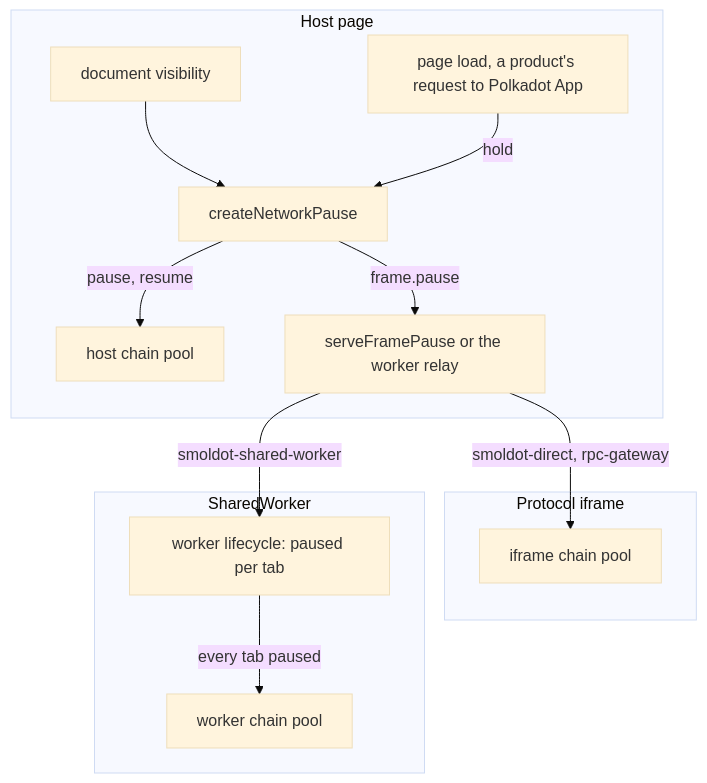
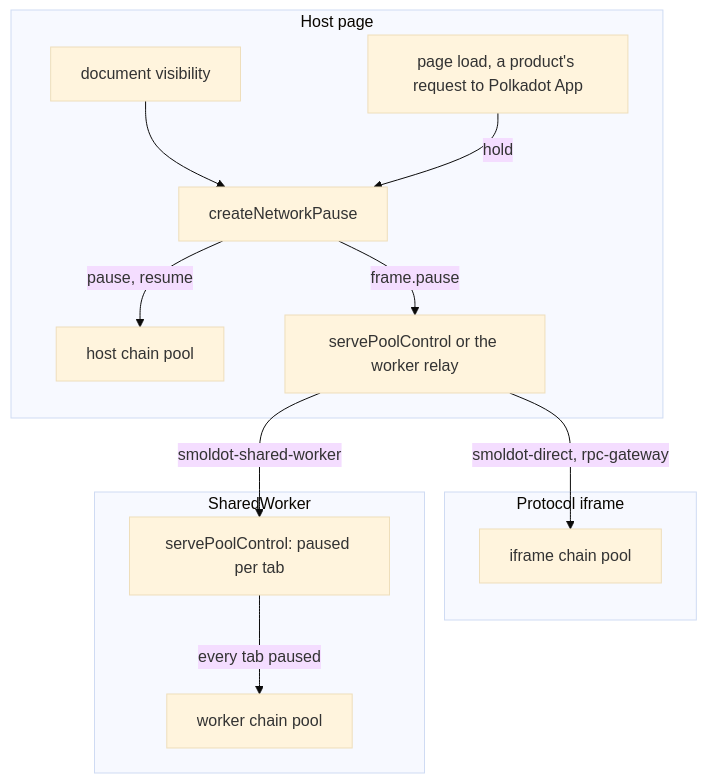
The fourth of 8 diagrams in docs/chain-connections.md (paritytech/dotli-community), drawn with Mermaid (base theme) before and after one commit. The commit also changed other lines of this file and 425 other files, not shown here.

````diff
--- a/docs/chain-connections.md
+++ b/docs/chain-connections.md
@@ -224,17 +230,17 @@
 ```mermaid
 flowchart TB
   subgraph Host["Host page"]
     V["document visibility"] --> NP["createNetworkPause"]
     H["page load, a product's request to Polkadot App"] -->|"hold"| NP
     NP -->|"pause, resume"| HP["host chain pool"]
     NP -->|"frame.pause"| F
   end
   subgraph Frame["Protocol iframe"]
-    F["serveFramePause or the worker relay"]
+    F["servePoolControl or the worker relay"]
     F -->|"smoldot-direct, rpc-gateway"| FP["iframe chain pool"]
   end
   subgraph Worker["SharedWorker"]
-    W["worker lifecycle: paused per tab"] -->|"every tab paused"| WP["worker chain pool"]
+    W["servePoolControl: paused per tab"] -->|"every tab paused"| WP["worker chain pool"]
   end
   F -->|"smoldot-shared-worker"| W
 ```
````
